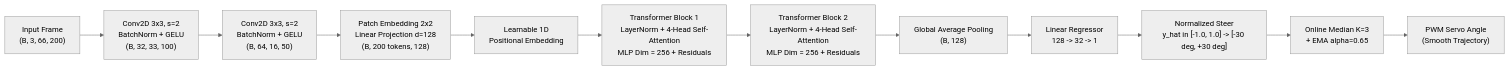
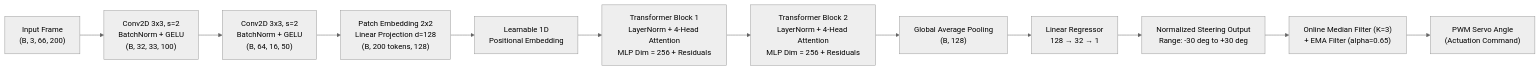
The second of 2 diagrams in README.md (BPalhano/nxpcup), drawn with Mermaid (neutral theme) before and after one commit. The commit also changed other lines of this file and 1 other file, not shown here.

````diff
--- a/README.md
+++ b/README.md
@@ -84,14 +86,14 @@
 ```mermaid
 flowchart LR
-    IN["Input Frame<br>(B, 3, 66, 200)"] --> STEM1["Conv2D 3x3, s=2<br>BatchNorm + GELU<br>(B, 32, 33, 100)"]
-    STEM1 --> STEM2["Conv2D 3x3, s=2<br>BatchNorm + GELU<br>(B, 64, 16, 50)"]
-    STEM2 --> PATCH["Patch Embedding 2x2<br>Linear Projection d=128<br>(B, 200 tokens, 128)"]
-    PATCH --> POS["Learnable 1D<br>Positional Embedding"]
-    POS --> BLK1["Transformer Block 1<br>LayerNorm + 4-Head Self-Attention<br>MLP Dim = 256 + Residuals"]
-    BLK1 --> BLK2["Transformer Block 2<br>LayerNorm + 4-Head Self-Attention<br>MLP Dim = 256 + Residuals"]
-    BLK2 --> GAP["Global Average Pooling<br>(B, 128)"]
-    GAP --> HEAD["Linear Regressor<br>128 -> 32 -> 1"]
-    HEAD --> OUT["Normalized Steer<br>y_hat in [-1.0, 1.0] -> [-30 deg, +30 deg]"]
-    OUT --> SMOOTH["Online Median K=3<br>+ EMA alpha=0.65"]
-    SMOOTH --> CTRL["PWM Servo Angle<br>(Smooth Trajectory)"]
+    IN["Input Frame<br/>(B, 3, 66, 200)"] --> STEM1["Conv2D 3x3, s=2<br/>BatchNorm + GELU<br/>(B, 32, 33, 100)"]
+    STEM1 --> STEM2["Conv2D 3x3, s=2<br/>BatchNorm + GELU<br/>(B, 64, 16, 50)"]
+    STEM2 --> PATCH["Patch Embedding 2x2<br/>Linear Projection d=128<br/>(B, 200 tokens, 128)"]
+    PATCH --> POS["Learnable 1D<br/>Positional Embedding"]
+    POS --> BLK1["Transformer Block 1<br/>LayerNorm + 4-Head Attention<br/>MLP Dim = 256 + Residuals"]
+    BLK1 --> BLK2["Transformer Block 2<br/>LayerNorm + 4-Head Attention<br/>MLP Dim = 256 + Residuals"]
+    BLK2 --> GAP["Global Average Pooling<br/>(B, 128)"]
+    GAP --> HEAD["Linear Regressor<br/>128 &rarr; 32 &rarr; 1"]
+    HEAD --> OUT["Normalized Steering Output<br/>Range: -30 deg to +30 deg"]
+    OUT --> SMOOTH["Online Median Filter (K=3)<br/>+ EMA Filter (alpha=0.65)"]
+    SMOOTH --> CTRL["PWM Servo Angle<br/>(Actuation Command)"]
 ```
````
